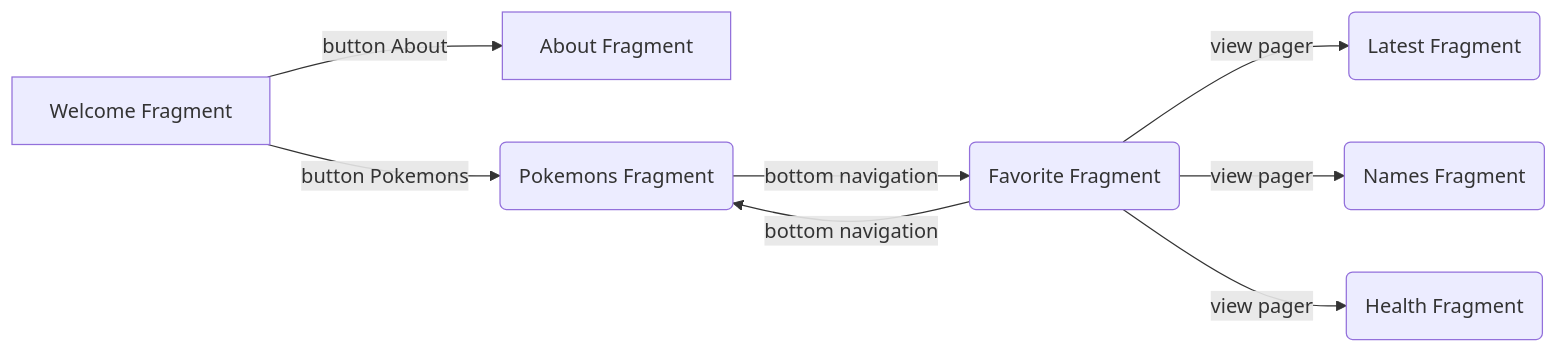
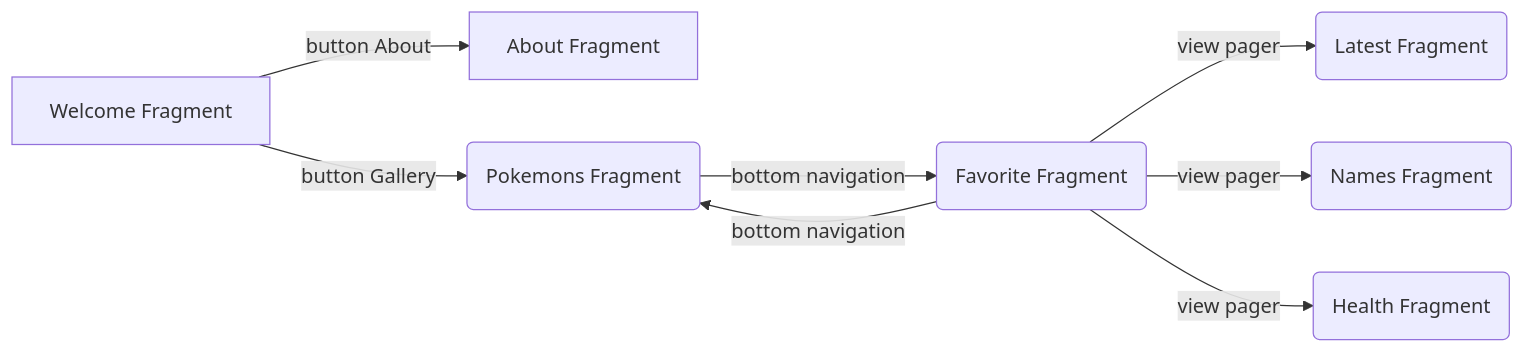
The diagram in README.md (gazievDima/PokemonsApi), drawn with Mermaid before and after one commit. The commit also changed 1 other file, not shown here.

````diff
--- a/README.md
+++ b/README.md
@@ -21,10 +21,10 @@
 ```mermaid
 graph LR
 A[Welcome Fragment] -- button About --> B[About Fragment]
-A -- button Pokemons --> C(Pokemons Fragment)
+A -- button Gallery --> C(Pokemons Fragment)
 C -- bottom navigation --> D(Favorite Fragment)
 D -- bottom navigation --> C
 D -- view pager --> L(Latest Fragment)
 D -- view pager --> N(Names Fragment)
 D -- view pager --> H(Health Fragment)
 ```
````
